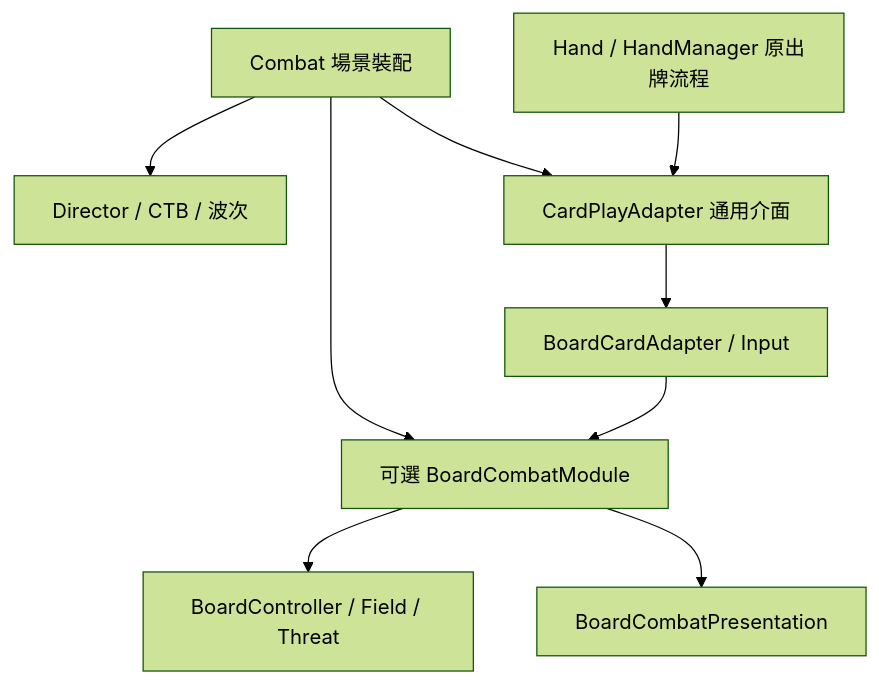
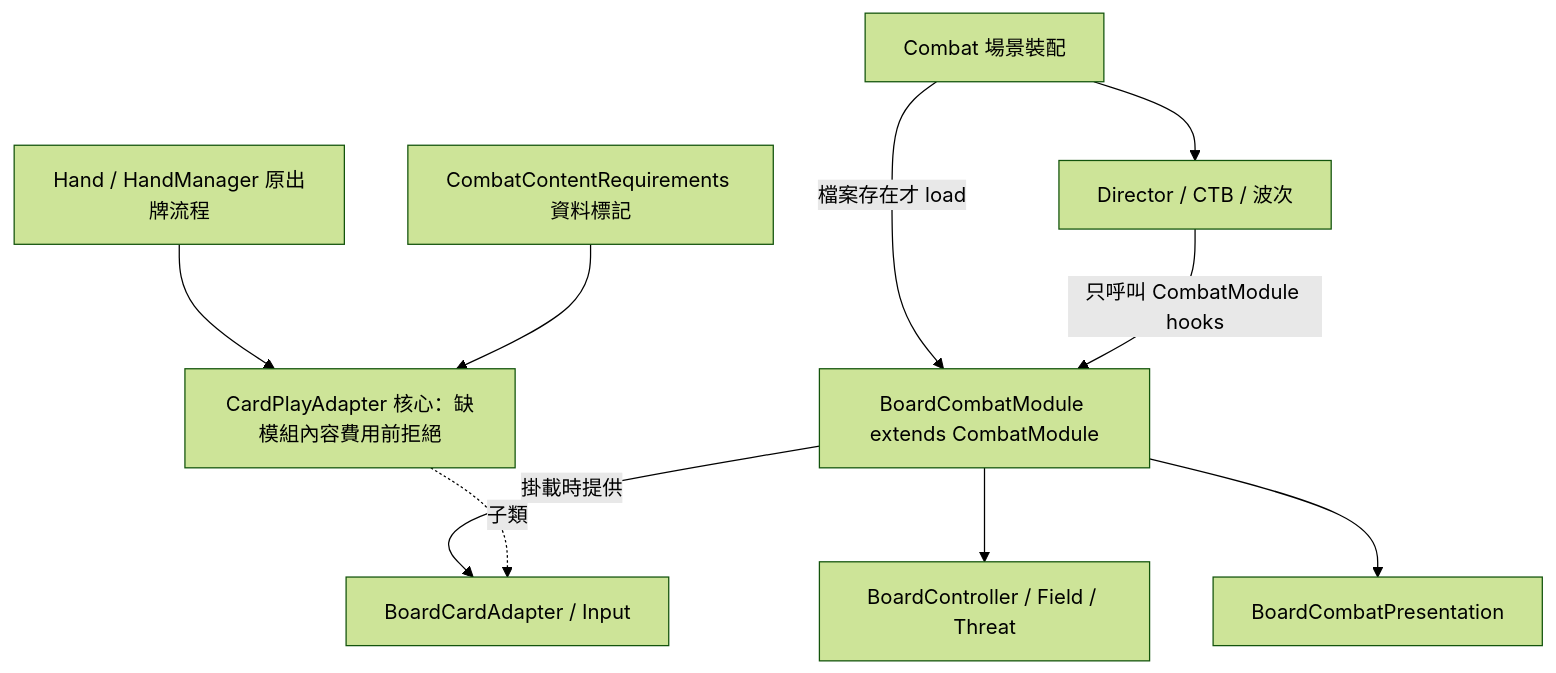
One commit to justty32/mycardgame changed the diagram in analysis/slay-the-robot/design/board-module.md. Above: the diagram before and after it, drawn with Mermaid (forest theme). The commit also changed other lines of this file and 5 other files, not shown here.

First line of the commit message:
來源補丁與文件：登記 board-module-decoupling.patch，同步模組化架構分析與 code map

````diff
--- a/analysis/slay-the-robot/design/board-module.md
+++ b/analysis/slay-the-robot/design/board-module.md
@@ -9,11 +9,12 @@
 ```mermaid
 flowchart TD
   Combat[Combat 場景裝配] --> Core[Director / CTB / 波次]
-  Combat --> Adapter[CardPlayAdapter 通用介面]
-  Combat --> Optional[可選 BoardCombatModule]
-  Hand[Hand / HandManager 原出牌流程] --> Adapter
-  Adapter --> BoardAdapter[BoardCardAdapter / Input]
+  Combat -->|檔案存在才 load| Optional[BoardCombatModule extends CombatModule]
+  Core -->|只呼叫 CombatModule hooks| Optional
+  Hand[Hand / HandManager 原出牌流程] --> Adapter[CardPlayAdapter 核心：缺模組內容費用前拒絕]
+  Optional -->|掛載時提供| BoardAdapter[BoardCardAdapter / Input]
+  Adapter -.子類.-> BoardAdapter
+  Req[CombatContentRequirements 資料標記] --> Adapter
   Optional --> World[BoardController / Field / Threat]
   Optional --> View[BoardCombatPresentation]
-  BoardAdapter --> Optional
 ```
````
